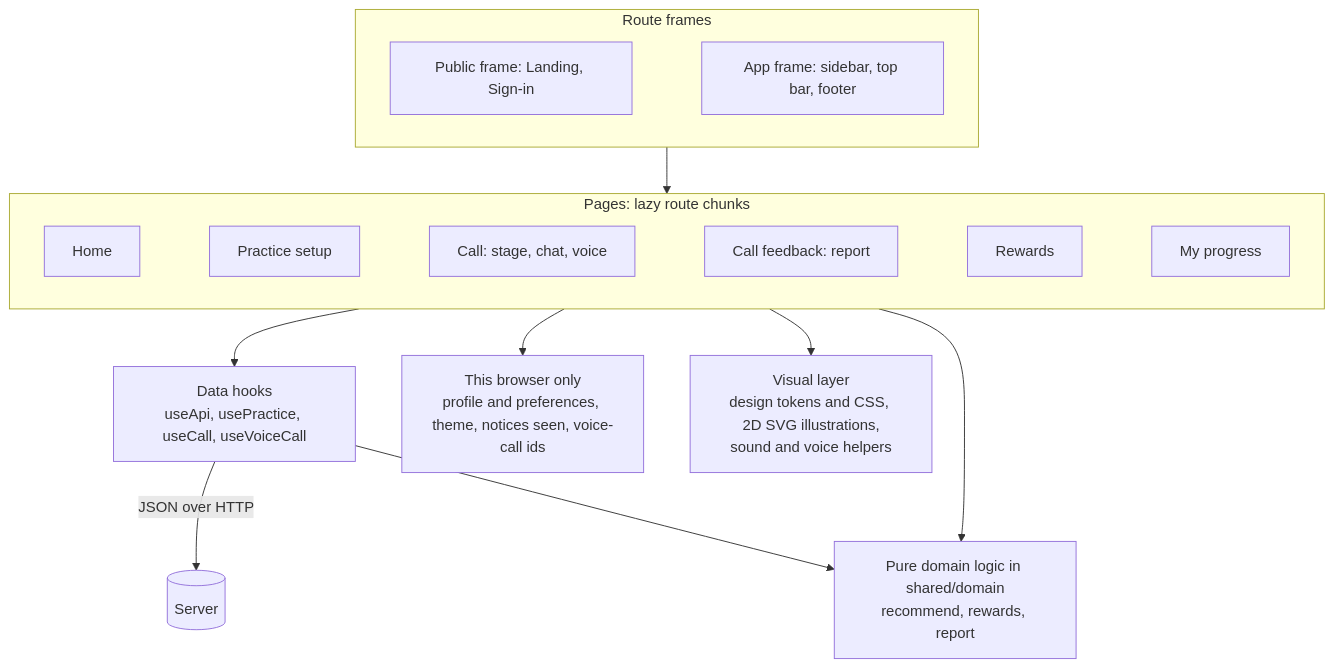
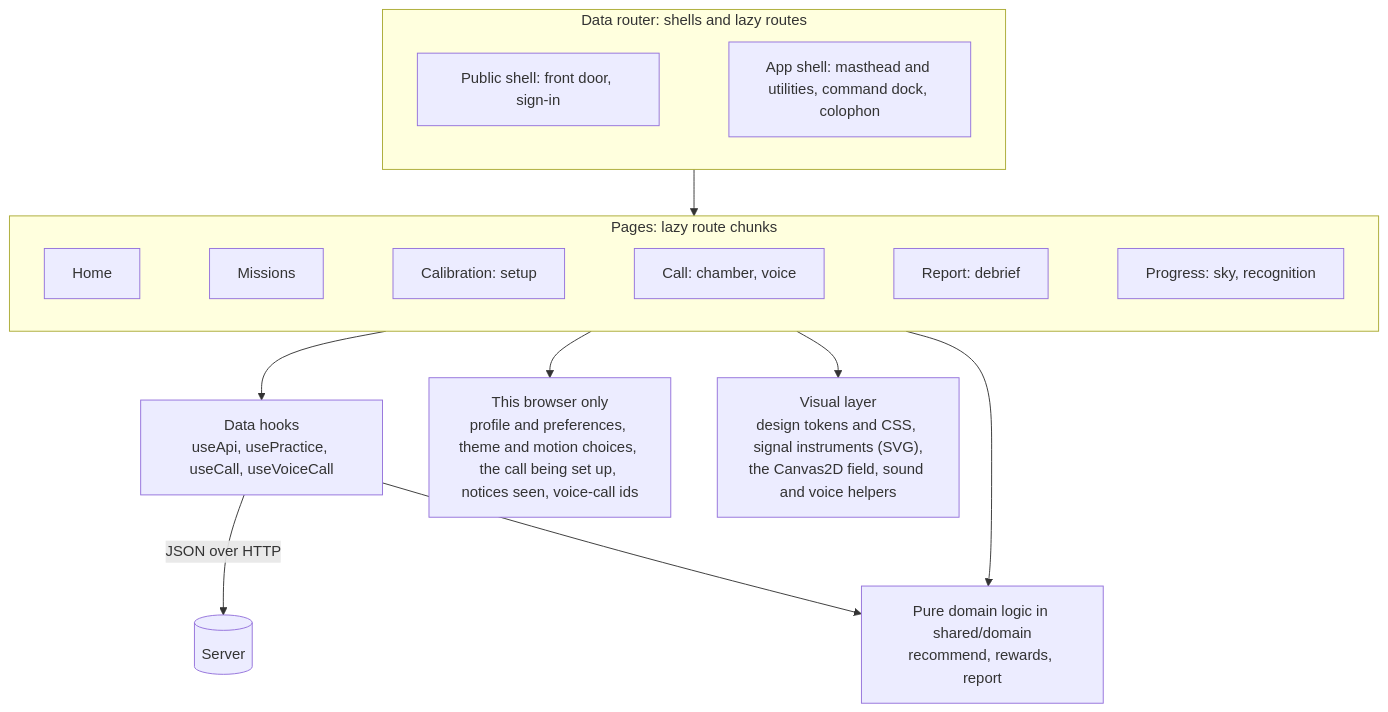
Before and after one commit to snowjug/Firefly: the fourth of 4 diagrams in docs/architecture.md, drawn with Mermaid. The commit also changed other lines of this file and 6 other files, not shown here.

First line of the commit message:
docs: bring the architecture, demo guide, rewards, voice and troubleshooting notes up to date

````diff
--- a/docs/architecture.md
+++ b/docs/architecture.md
@@ -142,16 +156,16 @@
 ```mermaid
 flowchart TD
-  subgraph Frames["Route frames"]
-    PUB["Public frame: Landing, Sign-in"] ~~~ APP["App frame: sidebar, top bar, footer"]
+  subgraph Frames["Data router: shells and lazy routes"]
+    PUB["Public shell: front door, sign-in"] ~~~ APP["App shell: masthead and utilities, command dock, colophon"]
   end
   subgraph Pages["Pages: lazy route chunks"]
-    HO[Home] ~~~ SE["Practice setup"] ~~~ CA["Call: stage, chat, voice"] ~~~ RE["Call feedback: report"] ~~~ RW["Rewards"] ~~~ PR["My progress"]
+    HO[Home] ~~~ MI[Missions] ~~~ SE["Calibration: setup"] ~~~ CA["Call: chamber, voice"] ~~~ RE["Report: debrief"] ~~~ PR["Progress: sky, recognition"]
   end
   Frames --> Pages
   Pages --> Data["Data hooks<br/>useApi, usePractice, useCall, useVoiceCall"]
   Data -->|"JSON over HTTP"| API[(Server)]
   Pages --> Domain["Pure domain logic in shared/domain<br/>recommend, rewards, report"]
   Data --> Domain
-  Pages --> Local["This browser only<br/>profile and preferences, theme, notices seen, voice-call ids"]
-  Pages --> Visuals["Visual layer<br/>design tokens and CSS, 2D SVG illustrations,<br/>sound and voice helpers"]
+  Pages --> Local["This browser only<br/>profile and preferences, theme and motion choices, the call being set up, notices seen, voice-call ids"]
+  Pages --> Visuals["Visual layer<br/>design tokens and CSS, signal instruments (SVG),<br/>the Canvas2D field, sound and voice helpers"]
 ```
````
